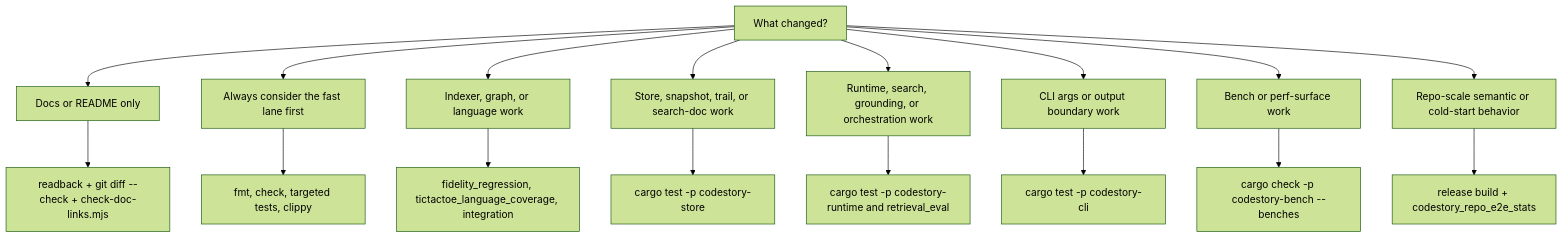
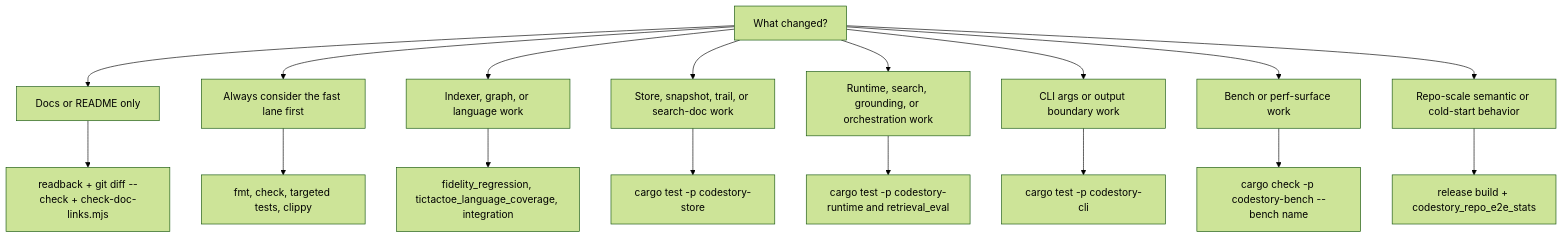
The diagram in docs/contributors/testing-matrix.md (TheGreenCedar/CodeStory), drawn with Mermaid (forest theme) before and after one commit. The commit also changed other lines of this file and 30 other files, not shown here.

````diff
--- a/docs/contributors/testing-matrix.md
+++ b/docs/contributors/testing-matrix.md
@@ -10,19 +10,19 @@
 ```mermaid
 flowchart TD
     change["What changed?"] --> docs["Docs or README only"]
     change["What changed?"] --> always["Always consider the fast lane first"]
     change --> indexer["Indexer, graph, or language work"]
     change --> store["Store, snapshot, trail, or search-doc work"]
     change --> runtime["Runtime, search, grounding, or orchestration work"]
     change --> cli["CLI args or output boundary work"]
     change --> bench["Bench or perf-surface work"]
     change --> e2e["Repo-scale semantic or cold-start behavior"]
     docs --> docs_checks["readback + git diff --check + check-doc-links.mjs"]
     always --> workspace["fmt, check, targeted tests, clippy"]
     indexer --> fidelity["fidelity_regression, tictactoe_language_coverage, integration"]
     store --> store_tests["cargo test -p codestory-store"]
     runtime --> runtime_tests["cargo test -p codestory-runtime and retrieval_eval"]
     cli --> cli_tests["cargo test -p codestory-cli"]
-    bench --> bench_checks["cargo check -p codestory-bench --benches"]
+    bench --> bench_checks["cargo check -p codestory-bench --bench name"]
     e2e --> e2e_stats["release build + codestory_repo_e2e_stats"]
 ```
````
